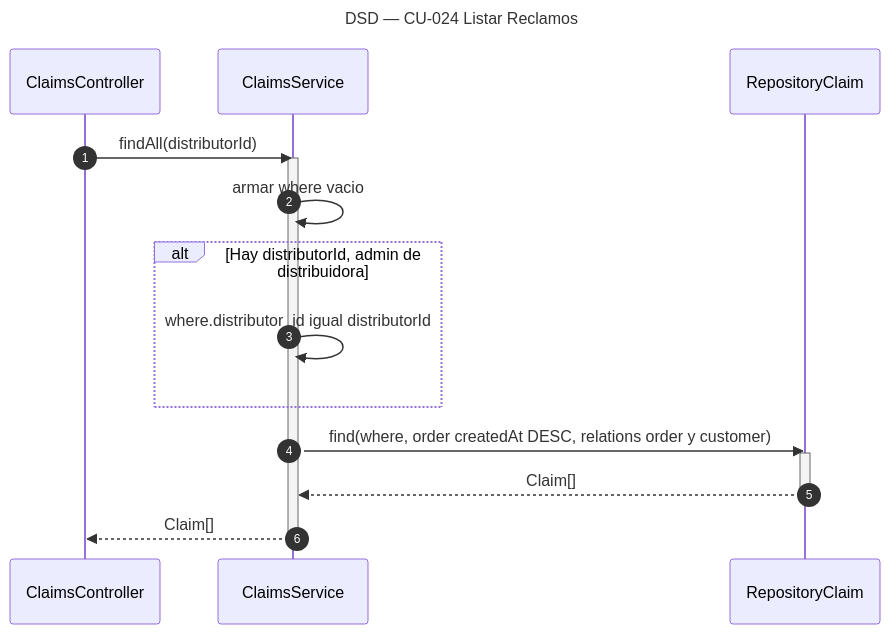
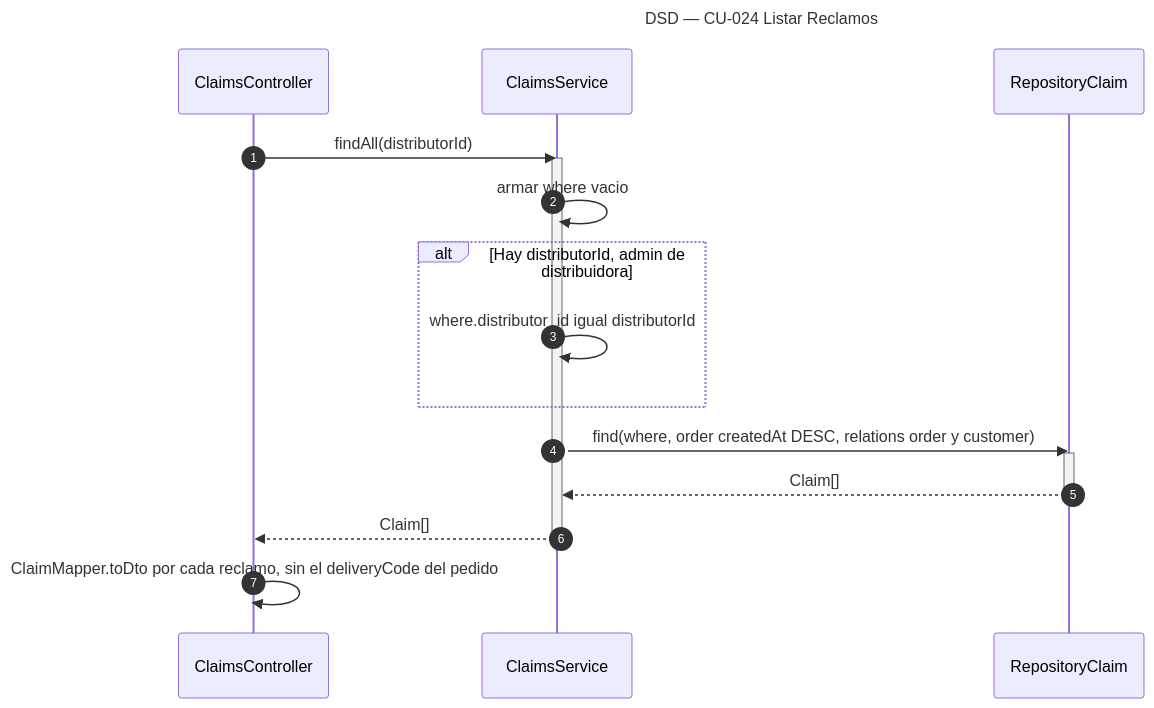
Before and after one commit to Nahuelito-Dev/splg-docs: the diagram in diagramas/DSD_CU-024_Listar-Reclamos.mmd, drawn with Mermaid. The commit also changed 4 other files, not shown here.

Commit message:
docs(dsd): reclamos con ClaimResponseDto

```diff
--- a/diagramas/DSD_CU-024_Listar-Reclamos.mmd
+++ b/diagramas/DSD_CU-024_Listar-Reclamos.mmd
@@ -1,19 +1,20 @@
 sequenceDiagram
     title DSD — CU-024 Listar Reclamos
     autonumber
     participant CTRL as ClaimsController
     participant SRV as ClaimsService
     participant CREP as RepositoryClaim
 
     CTRL->>SRV: findAll(distributorId)
     activate SRV
     SRV->>SRV: armar where vacio
     alt Hay distributorId, admin de distribuidora
         SRV->>SRV: where.distributor_id igual distributorId
     end
     SRV->>CREP: find(where, order createdAt DESC, relations order y customer)
     activate CREP
     CREP-->>SRV: Claim[]
     deactivate CREP
     SRV-->>CTRL: Claim[]
     deactivate SRV
+    CTRL->>CTRL: ClaimMapper.toDto por cada reclamo, sin el deliveryCode del pedido
```
